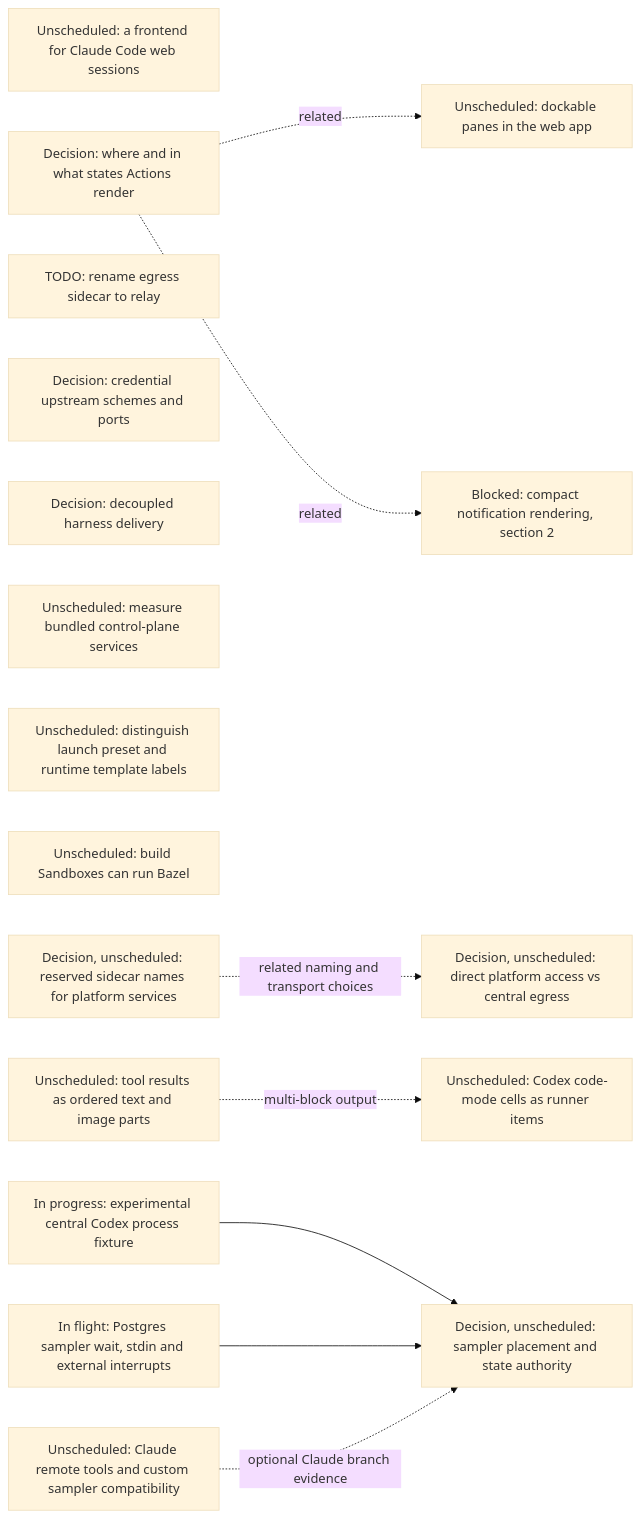
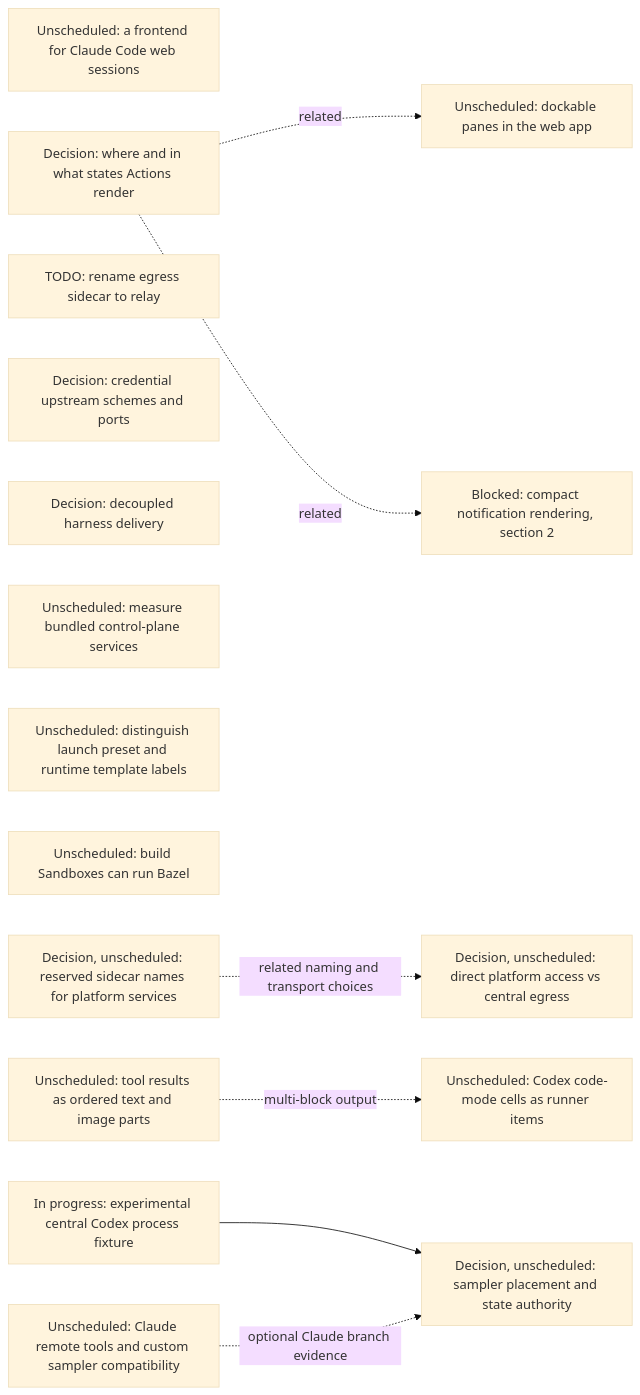
Before and after one commit to agentydragon-agent/ducktape: the eighth of 19 diagrams in agentplane/plans/task_dag.md, drawn with Mermaid (base theme). The commit also changed other lines of this file and 2 other files, not shown here.

````diff
--- a/agentplane/plans/task_dag.md
+++ b/agentplane/plans/task_dag.md
@@ -589,26 +589,24 @@
 ```mermaid
 flowchart LR
     CLAUDE_CODE_WEB_BRIDGE[Unscheduled: a frontend for Claude Code web sessions]
     ACTION_SURFACES_DESIGN[Decision: where and in what states Actions render]
     EGRESS_RELAY_RENAME[TODO: rename egress sidecar to relay]
     EGRESS_CREDENTIAL_TRANSPORT_DESIGN[Decision: credential upstream schemes and ports]
     RUNNER_HARNESS_DELIVERY_DESIGN[Decision: decoupled harness delivery]
     K3S_BUNDLED_SERVICES_SPIKE[Unscheduled: measure bundled control-plane services]
     DOCKABLE_PANES[Unscheduled: dockable panes in the web app]
     ACTION_SURFACES_DESIGN -. related .-> DOCKABLE_PANES
     NOTIFICATION_PRESENTATION[Blocked: compact notification rendering, section 2]
     ACTION_SURFACES_DESIGN -. related .-> NOTIFICATION_PRESENTATION
     SANDBOX_FORM_TERMINOLOGY[Unscheduled: distinguish launch preset and runtime template labels]
     BUILD_BOX_BAZEL[Unscheduled: build Sandboxes can run Bazel]
     PLATFORM_SERVICE_NAMES_DESIGN[Decision, unscheduled: reserved sidecar names for platform services]
     PLATFORM_SERVICE_ROUTING_DESIGN[Decision, unscheduled: direct platform access vs central egress]
     PLATFORM_SERVICE_NAMES_DESIGN -. related naming and transport choices .-> PLATFORM_SERVICE_ROUTING_DESIGN
     STRUCTURED_TOOL_OUTPUT[Unscheduled: tool results as ordered text and image parts]
     STRUCTURED_TOOL_OUTPUT -. multi-block output .-> CODEX_CODE_MODE_CELLS[Unscheduled: Codex code-mode cells as runner items]
     CENTRAL_CODEX_SPIKE[In progress: experimental central Codex process fixture]
     CENTRAL_CODEX_SPIKE --> HARNESS_PLACEMENT_DESIGN[Decision, unscheduled: sampler placement and state authority]
-    POSTGRES_HARNESS_CONTROLS[In flight: Postgres sampler wait, stdin and external interrupts]
-    POSTGRES_HARNESS_CONTROLS --> HARNESS_PLACEMENT_DESIGN
     CLAUDE_REMOTE_EXECUTION_SPIKE[Unscheduled: Claude remote tools and custom sampler compatibility]
     CLAUDE_REMOTE_EXECUTION_SPIKE -. optional Claude branch evidence .-> HARNESS_PLACEMENT_DESIGN
 ```
````
